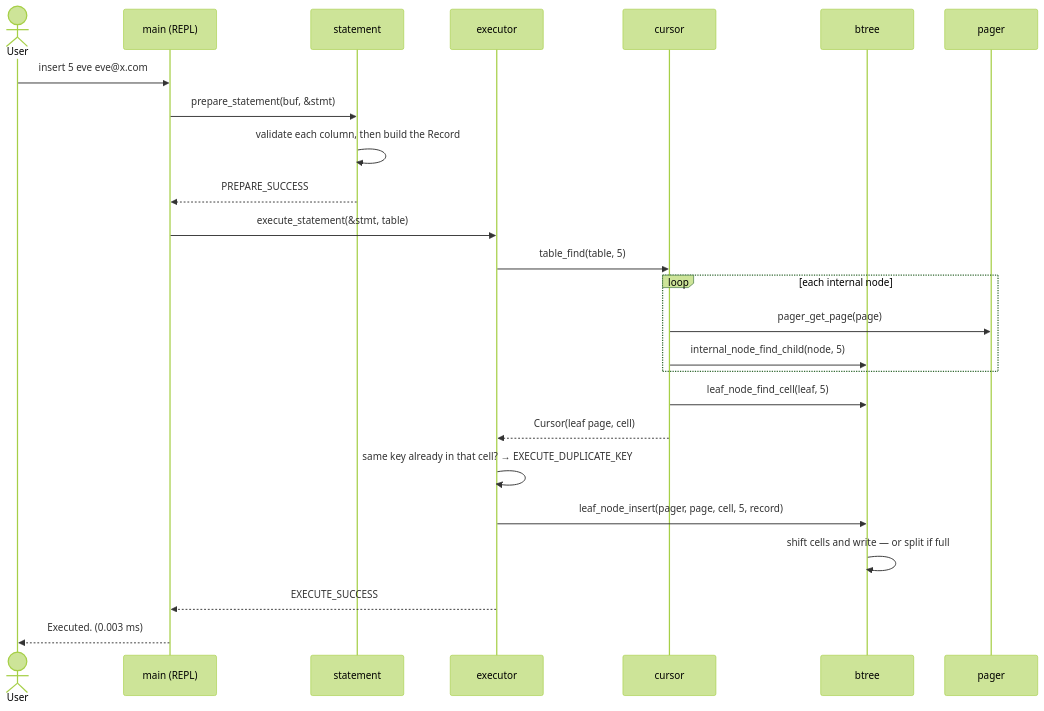
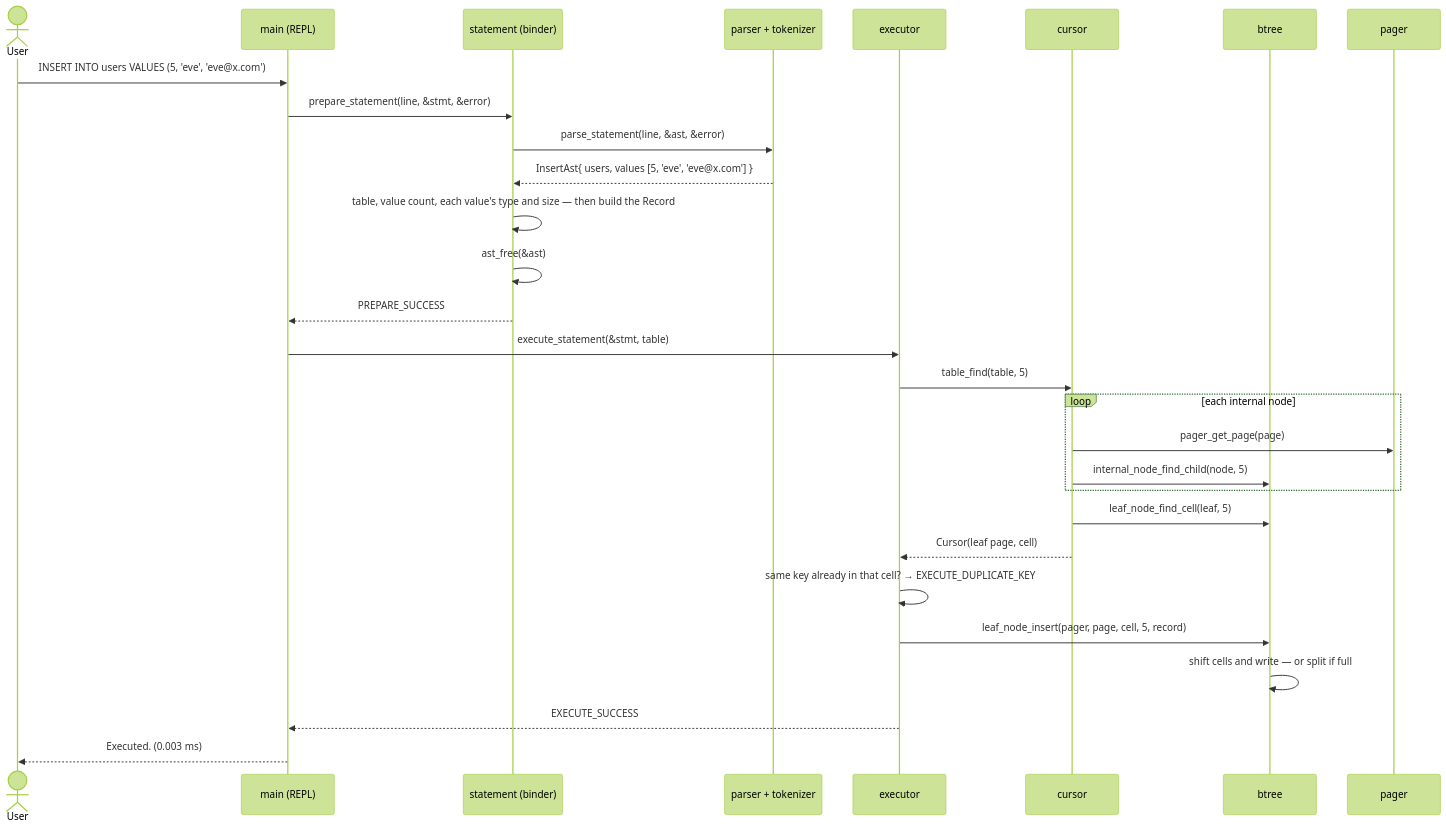
Before and after one commit to Rohitangshu2026/mini-sql: diagram 13 of 20 in README.md, drawn with Mermaid (forest theme). The commit also changed other lines of this file, not shown here.

````diff
--- a/README.md
+++ b/README.md
@@ -650,29 +671,33 @@
 ```mermaid
 sequenceDiagram
     actor U as User
     participant M as main (REPL)
-    participant S as statement
+    participant S as statement (binder)
+    participant Q as parser + tokenizer
     participant E as executor
     participant C as cursor
     participant B as btree
     participant P as pager
 
-    U->>M: insert 5 eve eve@x.com
-    M->>S: prepare_statement(buf, &stmt)
-    S->>S: validate each column, then build the Record
+    U->>M: INSERT INTO users VALUES (5, 'eve', 'eve@x.com');
+    M->>S: prepare_statement(line, &stmt, &error)
+    S->>Q: parse_statement(line, &ast, &error)
+    Q-->>S: InsertAst{ users, values [5, 'eve', 'eve@x.com'] }
+    S->>S: table, value count, each value's type and size — then build the Record
+    S->>S: ast_free(&ast)
     S-->>M: PREPARE_SUCCESS
 
     M->>E: execute_statement(&stmt, table)
     E->>C: table_find(table, 5)
     loop each internal node
         C->>P: pager_get_page(page)
         C->>B: internal_node_find_child(node, 5)
     end
     C->>B: leaf_node_find_cell(leaf, 5)
     C-->>E: Cursor(leaf page, cell)
     E->>E: same key already in that cell? → EXECUTE_DUPLICATE_KEY
     E->>B: leaf_node_insert(pager, page, cell, 5, record)
     B->>B: shift cells and write — or split if full
     E-->>M: EXECUTE_SUCCESS
     M-->>U: Executed. (0.003 ms)
 ```
````
